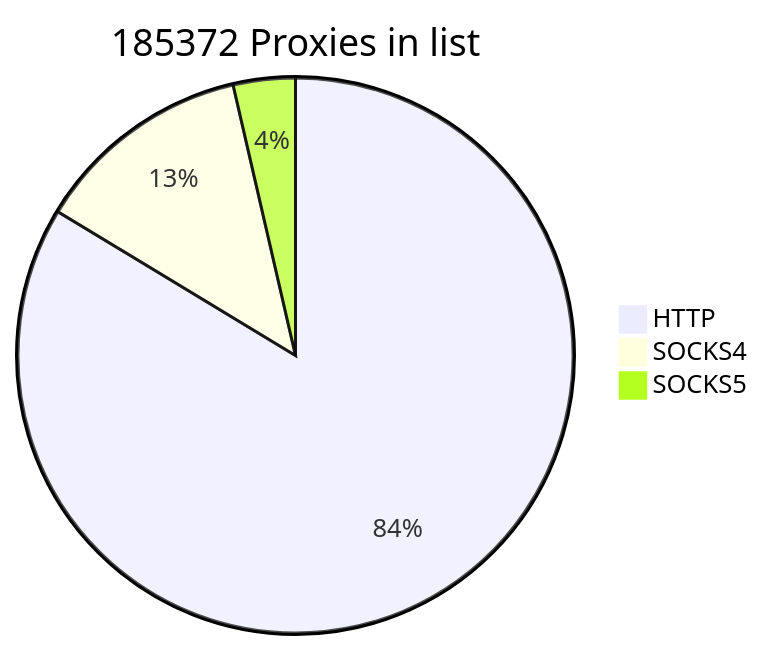
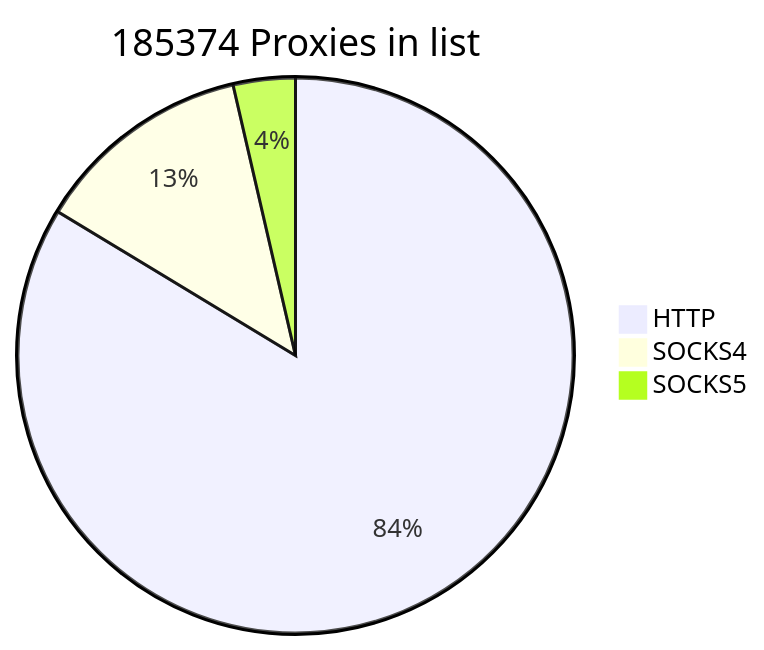
One commit to cutipu/proxylist changed the first of 2 diagrams in README.md. Above: the diagram before and after it, drawn with Mermaid. The commit also changed other lines of this file, not shown here.

````diff
--- a/README.md
+++ b/README.md
@@ -2,7 +2,7 @@
 ```mermaid
-pie title 185372 Proxies in list
+pie title 185374 Proxies in list
     "HTTP" : 155083
     "SOCKS4" : 23600
-    "SOCKS5" : 6689
+    "SOCKS5" : 6691
             
 ```
````
